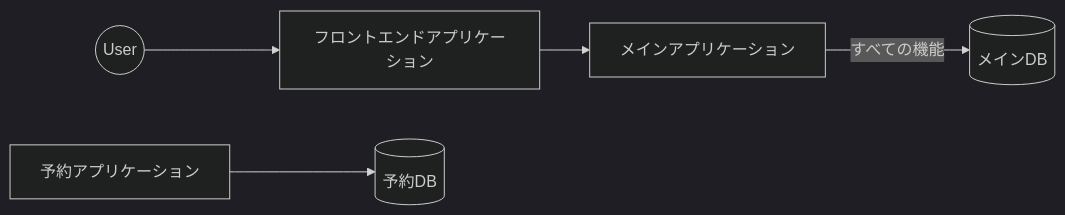
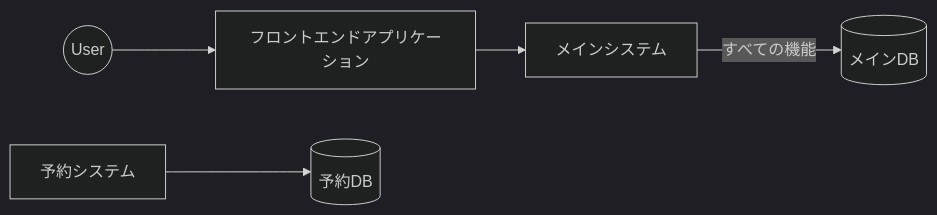
One commit to yuma-ito-bd/zenn-articles changed the sixth of 8 diagrams in articles/20251124-system-migration.md. Above: the diagram before and after it, drawn with Mermaid (dark theme). The commit also changed other lines of this file, not shown here.

````diff
--- a/articles/20251124-system-migration.md
+++ b/articles/20251124-system-migration.md
@@ -125,10 +165,10 @@
    ```mermaid
    graph LR
 
    user((User)) --> spa["フロントエンドアプリケーション"]
    spa --> sys1
 
-   sys2[予約アプリケーション] --> db2[(予約DB)]
+   sys2[予約システム] --> db2[(予約DB)]
 
-   sys1[メインアプリケーション] -->|すべての機能| db1[(メインDB)]
+   sys1[メインシステム] -->|すべての機能| db1[(メインDB)]
    ```
````
